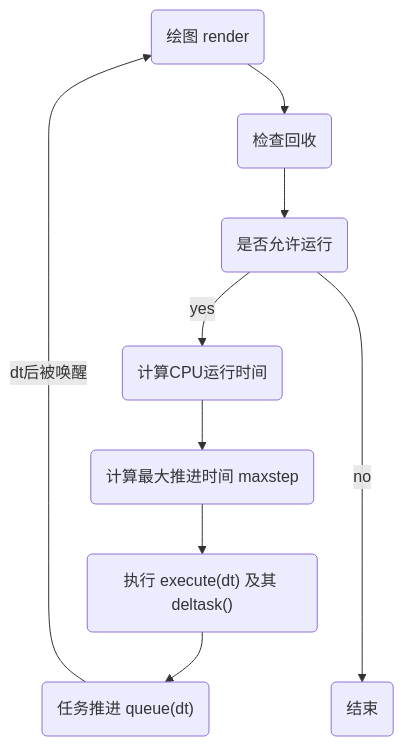
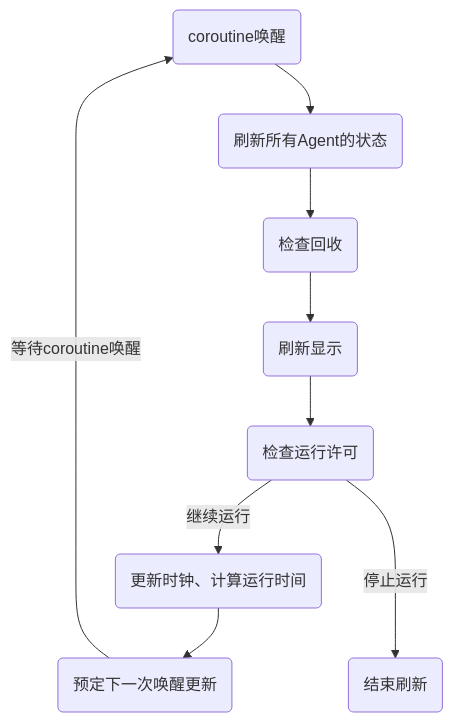
The diagram in docs/components/watchdog.md (huuhghhgyg/Container-Terminal-Simulation), drawn with Mermaid before and after one commit. The commit also changed other lines of this file and 2 other files, not shown here.

````diff
--- a/docs/components/watchdog.md
+++ b/docs/components/watchdog.md
@@ -5,8 +10,15 @@
 ```mermaid
 graph
-render(绘图 render) --> recycle(检查回收) --> runcommand(是否允许运行)
-runcommand -- yes --> refresh_time(计算CPU运行时间) --> maxstep(计算最大推进时间 maxstep) --> execute("执行 execute(dt) 及其 deltask()") --> queue("任务推进 queue(dt)")
-queue -->|dt后被唤醒| render
-runcommand ----->|no| stop(结束)
-%% maxstep -->|dt<0| recycle2(检查回收) --> maxstep
+invoke(coroutine唤醒)
+execute(刷新所有Agent的状态)
+recycle(检查回收)
+render(刷新显示)
+run_command(检查运行许可)
+refresh_clock(更新时钟、计算运行时间)
+queue(预定下一次唤醒更新)
+stop(结束刷新)
+
+invoke --> execute --> recycle --> render --> run_command -->|继续运行| refresh_clock --> queue
+queue -->|等待coroutine唤醒|invoke
+run_command --->|停止运行|stop
 ```
````
